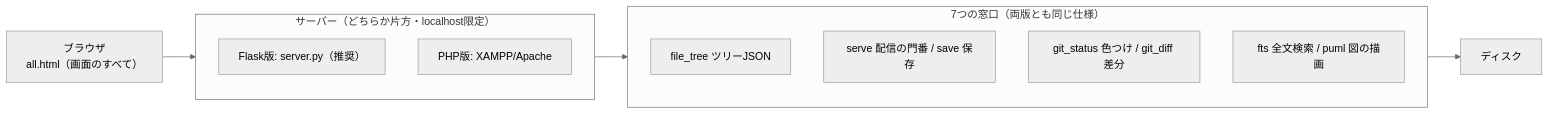
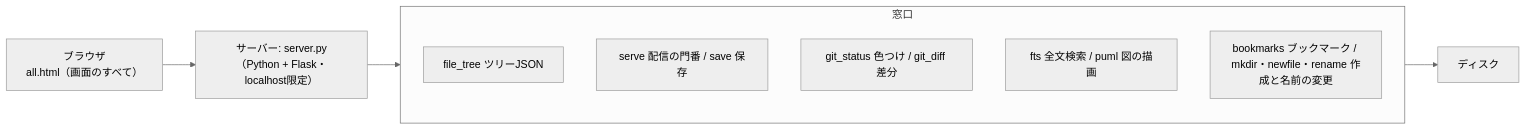
The diagram in README.md (hatohato-lab/hatohatoscope), drawn with Mermaid (neutral theme) before and after one commit. The commit also changed other lines of this file and 16 other files, not shown here.

````diff
--- a/README.md
+++ b/README.md
@@ -45,17 +44,14 @@
 ```mermaid
 flowchart LR
     B["ブラウザ<br/>all.html（画面のすべて）"]
-    subgraph SV["サーバー（どちらか片方・localhost限定）"]
-        direction TB
-        A1["Flask版: server.py（推奨）"]
-        A2["PHP版: XAMPP/Apache"]
-    end
-    subgraph EP["7つの窓口（両版とも同じ仕様）"]
+    SV["サーバー: server.py<br/>（Python + Flask・localhost限定）"]
+    subgraph EP["窓口"]
         T["file_tree ツリーJSON"]
         S["serve 配信の門番 / save 保存"]
         G["git_status 色つけ / git_diff 差分"]
         F["fts 全文検索 / puml 図の描画"]
+        K["bookmarks ブックマーク / mkdir・newfile・rename 作成と名前の変更"]
     end
     D["ディスク"]
     B --> SV --> EP --> D
 ```
````
